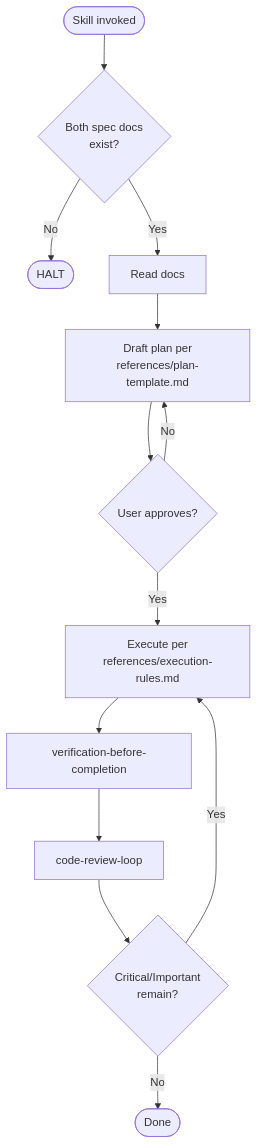
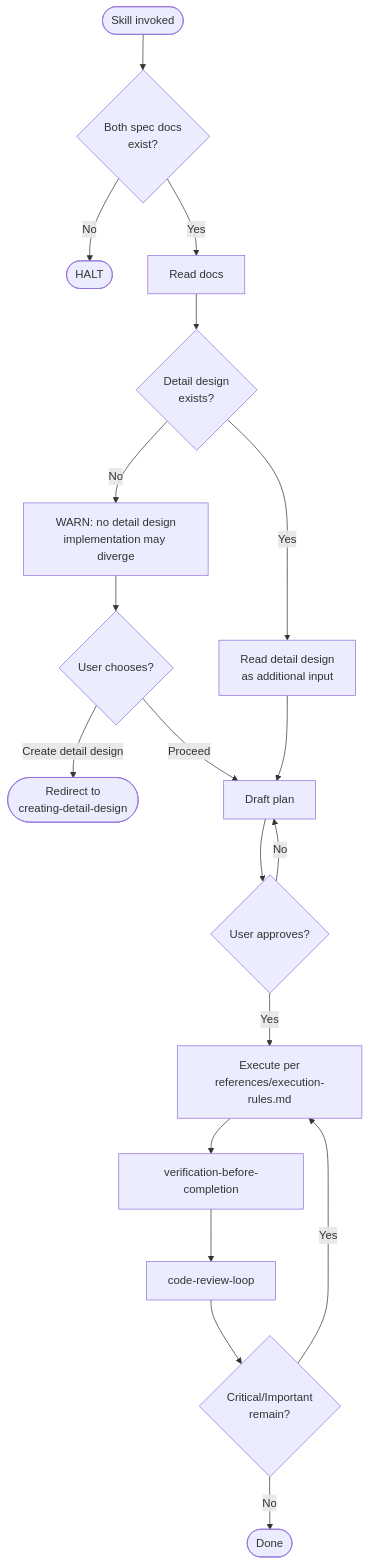
Before and after one commit to wintermaples/spec-coexist: the diagram in .claude/skills/implementing-from-spec/SKILL.md, drawn with Mermaid. The commit also changed other lines of this file and 18 other files, not shown here.

First line of the commit message:
feat: add creating-detail-design skill for detailed design documents

````diff
--- a/.claude/skills/implementing-from-spec/SKILL.md
+++ b/.claude/skills/implementing-from-spec/SKILL.md
@@ -48,15 +49,21 @@
 ```mermaid
 flowchart TD
     Start([Skill invoked]) --> Q1{Both spec docs<br/>exist?}
     Q1 -- No --> Stop([HALT])
     Q1 -- Yes --> R[Read docs]
-    R --> Plan[Draft plan per<br/>references/plan-template.md]
+    R --> DD{Detail design<br/>exists?}
+    DD -- Yes --> DDR[Read detail design<br/>as additional input]
+    DD -- No --> Warn[WARN: no detail design<br/>implementation may diverge]
+    Warn --> Ask{User chooses?}
+    Ask -- Create detail design --> Stop2([Redirect to<br/>creating-detail-design])
+    Ask -- Proceed --> Plan
+    DDR --> Plan[Draft plan]
     Plan --> Approve{User approves?}
     Approve -- No --> Plan
     Approve -- Yes --> Impl[Execute per<br/>references/execution-rules.md]
     Impl --> Verify[verification-before-completion]
     Verify --> Review[code-review-loop]
     Review --> Crit{Critical/Important<br/>remain?}
     Crit -- Yes --> Impl
     Crit -- No --> End([Done])
 ```
````
